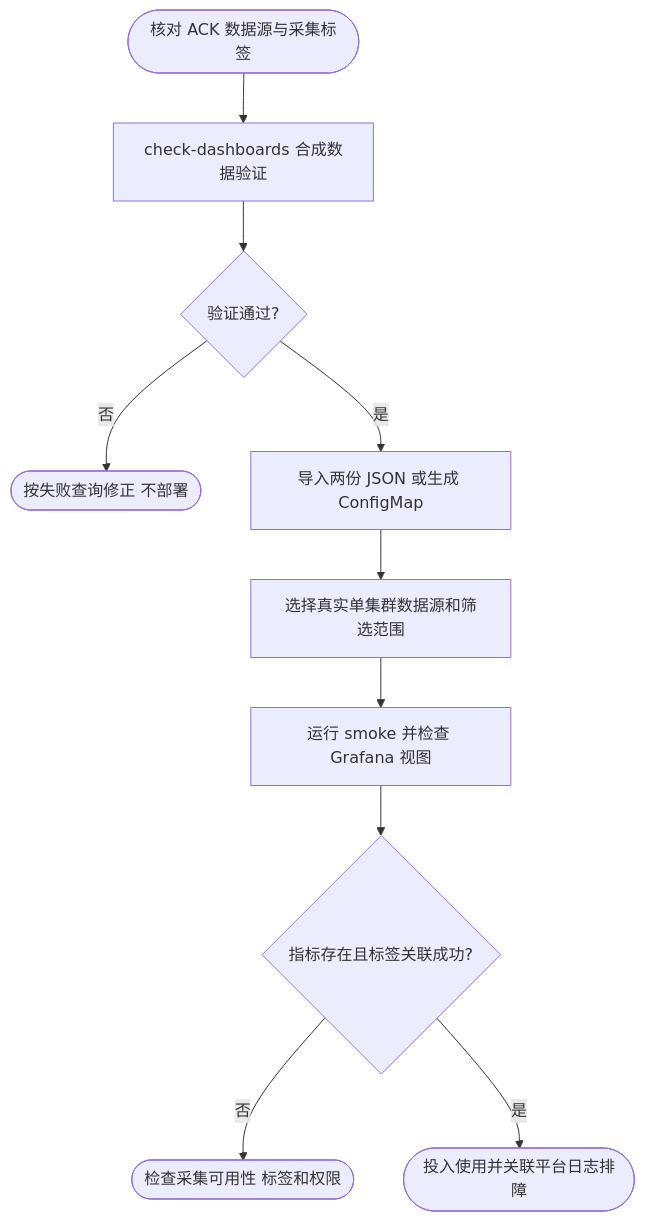
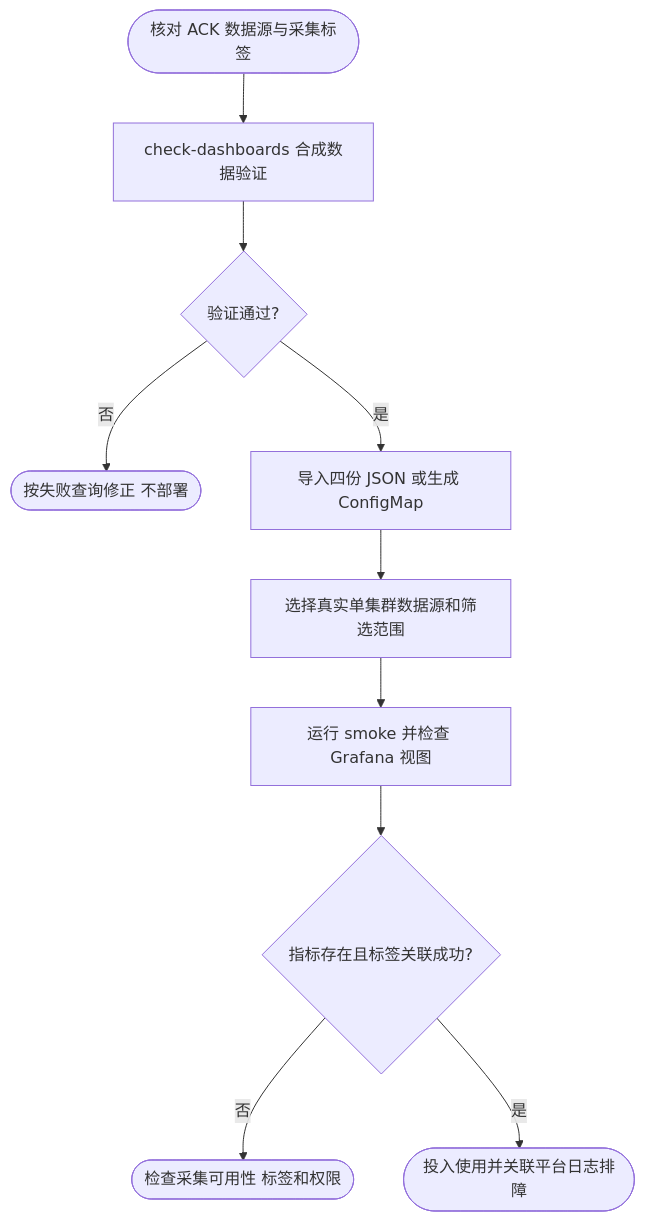
One commit to jaggerzhuang1994/kratos-foundation changed the diagram in deploy/observability/README.md. Above: the diagram before and after it, drawn with Mermaid. The commit also changed other lines of this file and 204 other files, not shown here.

````diff
--- a/deploy/observability/README.md
+++ b/deploy/observability/README.md
@@ -52,12 +61,12 @@
 ```mermaid
 flowchart TD
     A([核对 ACK 数据源与采集标签]) --> B[check-dashboards 合成数据验证]
     B --> C{验证通过?}
     C -- 否 --> D([按失败查询修正 不部署])
-    C -- 是 --> E[导入两份 JSON 或生成 ConfigMap]
+    C -- 是 --> E[导入四份 JSON 或生成 ConfigMap]
     E --> F[选择真实单集群数据源和筛选范围]
     F --> G[运行 smoke 并检查 Grafana 视图]
     G --> H{指标存在且标签关联成功?}
     H -- 否 --> I([检查采集可用性 标签和权限])
     H -- 是 --> J([投入使用并关联平台日志排障])
 ```
````
